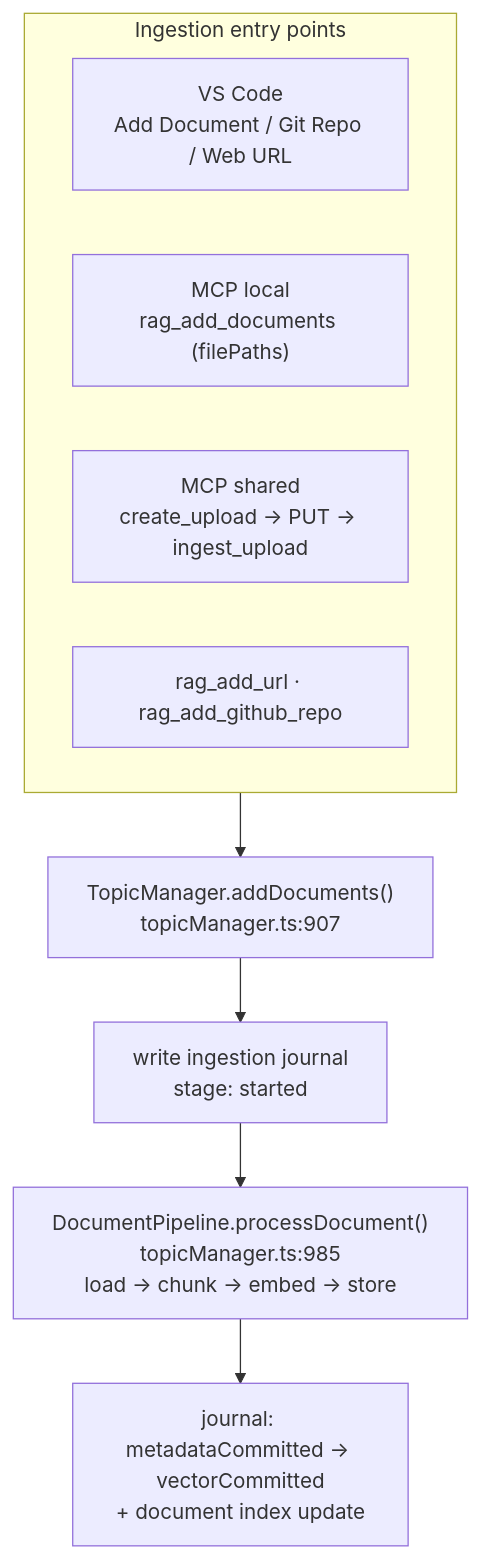
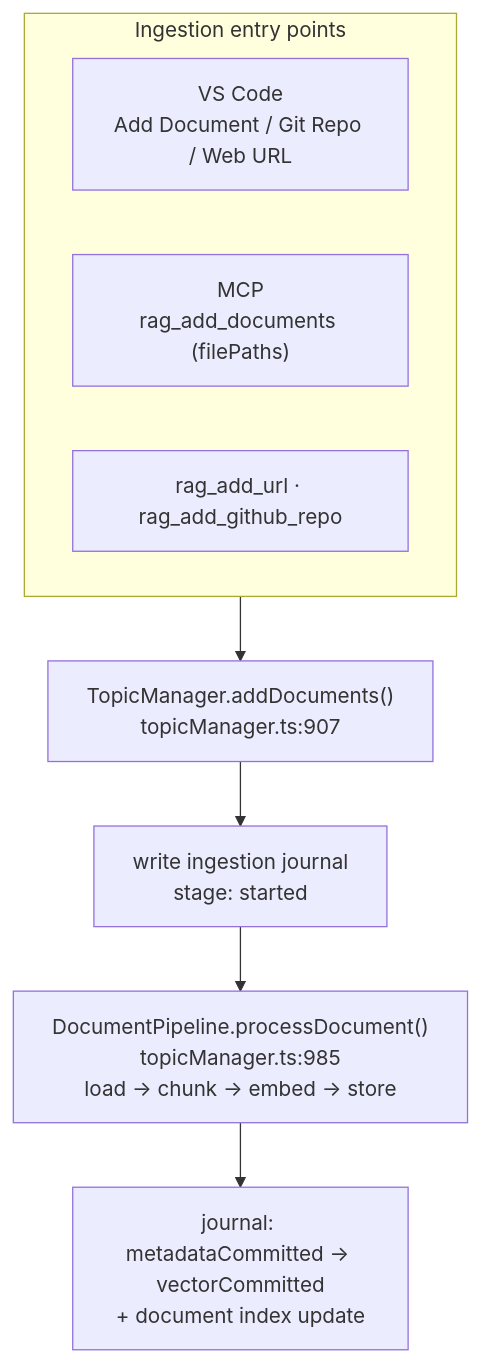
The first of 4 diagrams in docs/RETRIEVAL-PIPELINE.md (hyorman/RAGnarok), drawn with Mermaid before and after one commit. The commit also changed other lines of this file and 9 other files, not shown here.

````diff
--- a/docs/RETRIEVAL-PIPELINE.md
+++ b/docs/RETRIEVAL-PIPELINE.md
@@ -16,15 +16,14 @@
 ```mermaid
 flowchart TB
   subgraph entry["Ingestion entry points"]
     vs["VS Code<br/>Add Document / Git Repo / Web URL"]
-    mcpl["MCP local<br/>rag_add_documents (filePaths)"]
-    mcps["MCP shared<br/>create_upload → PUT → ingest_upload"]
+    mcpl["MCP<br/>rag_add_documents (filePaths)"]
     url["rag_add_url · rag_add_github_repo"]
   end
 
   entry --> TM["TopicManager.addDocuments()<br/>topicManager.ts:907"]
 
   TM --> J1["write ingestion journal<br/>stage: started"]
   J1 --> PROC["DocumentPipeline.processDocument()<br/>topicManager.ts:985<br/>load → chunk → embed → store"]
   PROC --> J2["journal: metadataCommitted → vectorCommitted<br/>+ document index update"]
 ```
````
